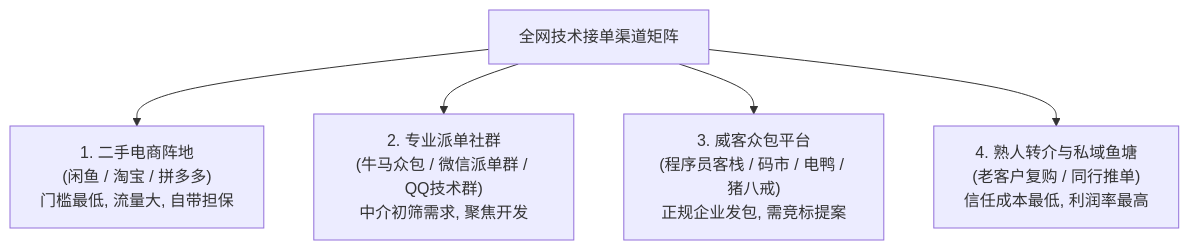
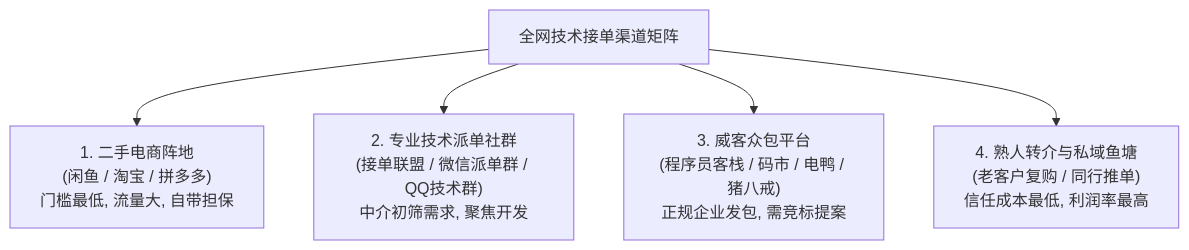
The first of 2 diagrams in docs/source/courses/freelance_orders_guide/stage1_rules_and_channels/02_channels_and_platform_ecosystem.md (ponyletter/py310sphinx_knowledge), drawn with Mermaid before and after one commit. The commit also changed other lines of this file and 7 other files, not shown here.

````diff
--- a/docs/source/courses/freelance_orders_guide/stage1_rules_and_channels/02_channels_and_platform_ecosystem.md
+++ b/docs/source/courses/freelance_orders_guide/stage1_rules_and_channels/02_channels_and_platform_ecosystem.md
@@ -45,9 +45,9 @@
 ```{mermaid}
 graph TD
     Channels["全网技术接单渠道矩阵"]
     
     Channels --> C1["1. 二手电商阵地<br/>(闲鱼 / 淘宝 / 拼多多)<br/>门槛最低, 流量大, 自带担保"]
-    Channels --> C2["2. 专业派单社群<br/>(牛马众包 / 微信派单群 / QQ技术群)<br/>中介初筛需求, 聚焦开发"]
+    Channels --> C2["2. 专业技术派单社群<br/>(接单联盟 / 微信派单群 / QQ技术群)<br/>中介初筛需求, 聚焦开发"]
     Channels --> C3["3. 威客众包平台<br/>(程序员客栈 / 码市 / 电鸭 / 猪八戒)<br/>正规企业发包, 需竞标提案"]
     Channels --> C4["4. 熟人转介与私域鱼塘<br/>(老客户复购 / 同行推单)<br/>信任成本最低, 利润率最高"]
 ```
````
